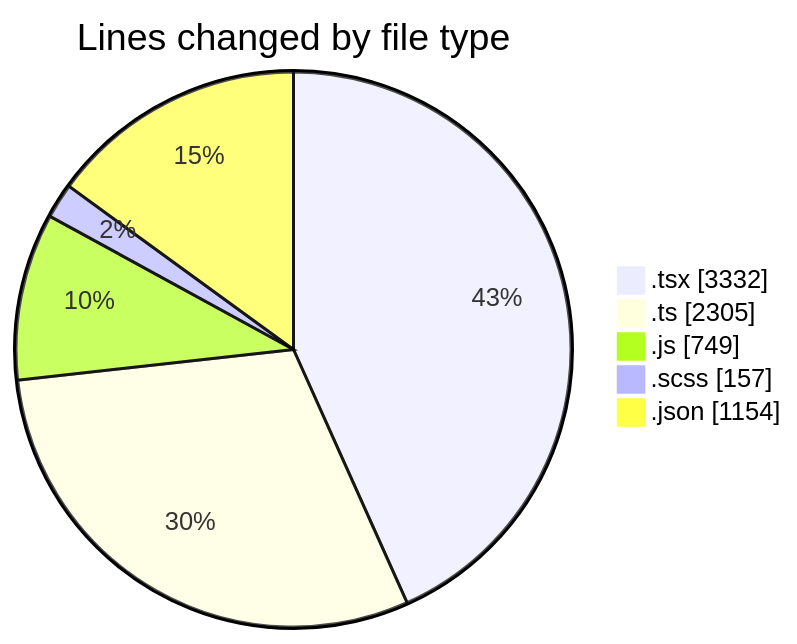
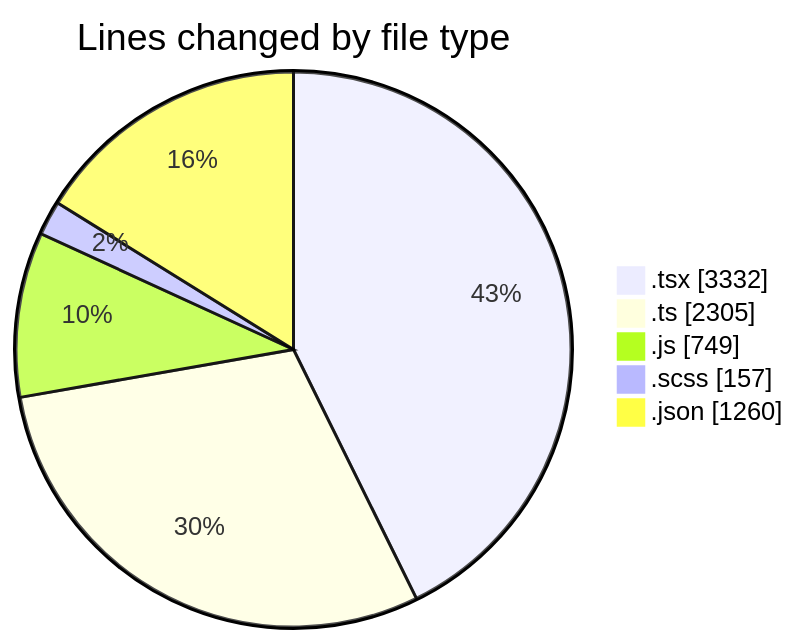
Before and after one commit to momahboobian/code-tracking: the first of 2 diagrams in 2026-06-15/cda/README.md, drawn with Mermaid. The commit also changed other lines of this file and 1 other file, not shown here.

````diff
--- a/2026-06-15/cda/README.md
+++ b/2026-06-15/cda/README.md
@@ -63,9 +64,9 @@
 ```mermaid
 pie showData
 title Lines changed by file type
 ".tsx" : 3332
 ".ts" : 2305
 ".js" : 749
 ".scss" : 157
-".json" : 1154
+".json" : 1260
 ```
````
